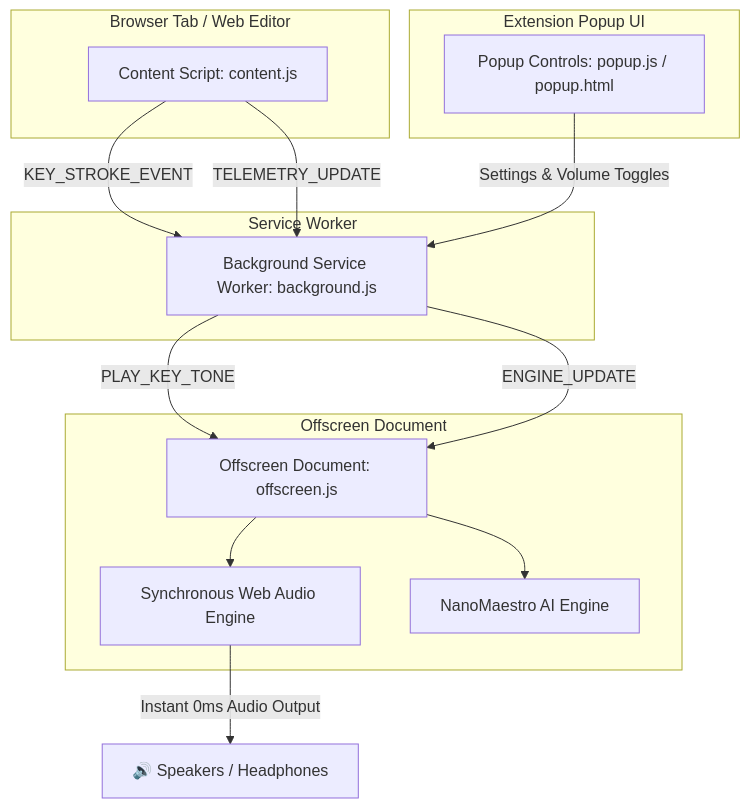
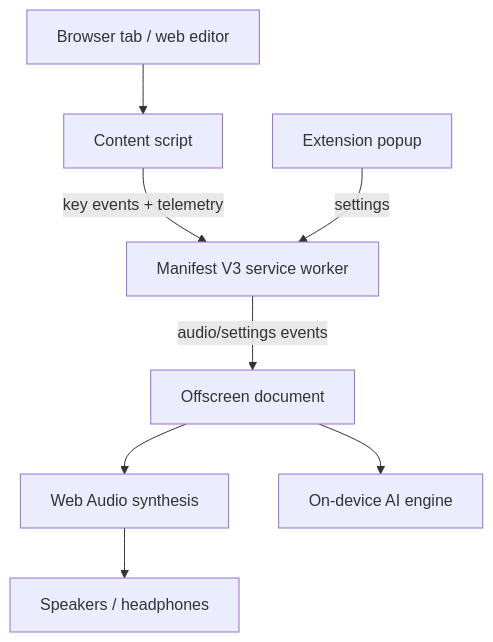
Before and after one commit to anonyxhappie/TypeMaestro: the diagram in README.md, drawn with Mermaid. The commit also changed other lines of this file, not shown here.

````diff
--- a/README.md
+++ b/README.md
@@ -49,29 +25,19 @@
 ```mermaid
 flowchart TD
-    subgraph Browser Tab / Web Editor
-        CS[Content Script: content.js]
-    end
+    Tab[Browser tab / web editor]
+    CS[Content script]
+    SW[Manifest V3 service worker]
+    OFF[Offscreen document]
+    SYNTH[Web Audio synthesis]
+    AI[On-device AI engine]
+    POP[Extension popup]
+    OUT[Speakers / headphones]
 
-    subgraph Service Worker
-        SW[Background Service Worker: background.js]
-    end
-
-    subgraph Offscreen Document
-        OFF[Offscreen Document: offscreen.js]
-        SYNTH[Synchronous Web Audio Engine]
-        AI[NanoMaestro AI Engine]
-    end
-
-    subgraph Extension Popup UI
-        POP[Popup Controls: popup.js / popup.html]
-    end
-
-    CS -->|KEY_STROKE_EVENT| SW
-    SW -->|PLAY_KEY_TONE| OFF
-    CS -->|TELEMETRY_UPDATE| SW
-    SW -->|ENGINE_UPDATE| OFF
-    POP -->|Settings & Volume Toggles| SW
+    Tab --> CS
+    CS -->|key events + telemetry| SW
+    SW -->|audio/settings events| OFF
+    POP -->|settings| SW
     OFF --> SYNTH
     OFF --> AI
-    SYNTH -->|Instant 0ms Audio Output| Speakers[🔊 Speakers / Headphones]
+    SYNTH --> OUT
 ```
````
